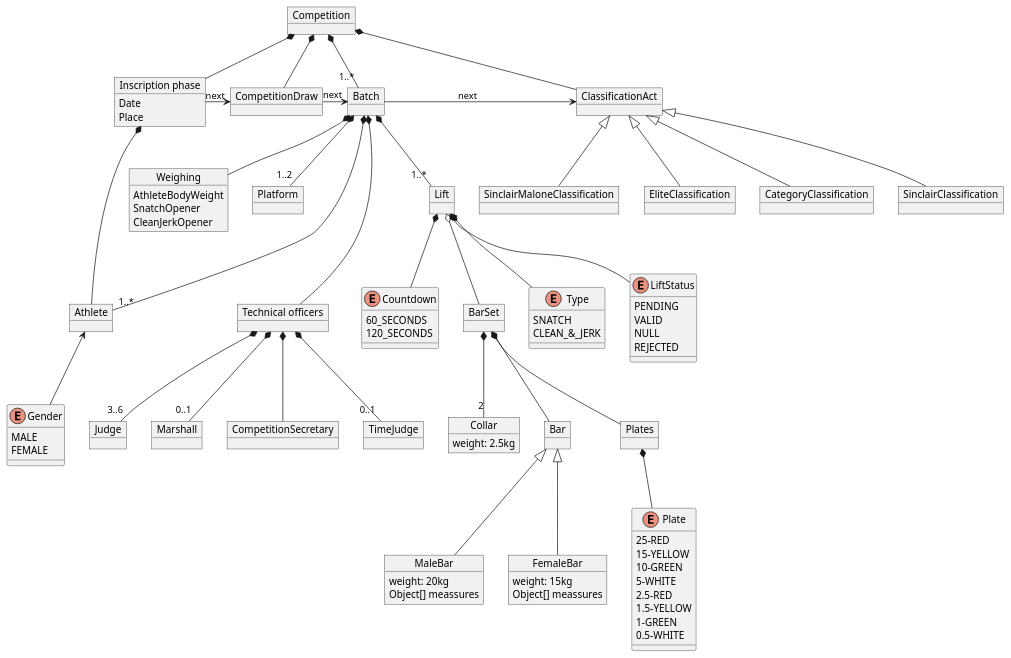
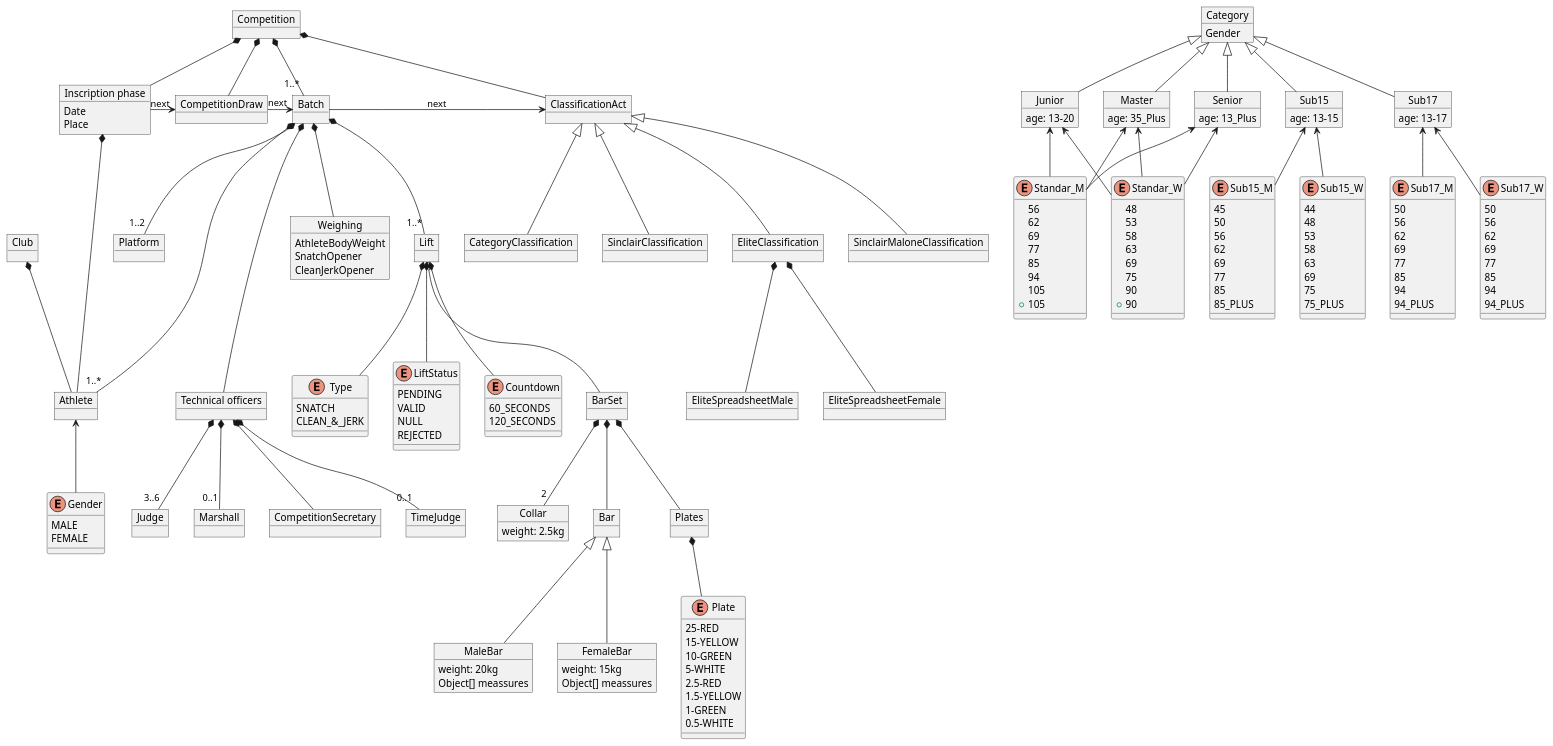
Before and after one commit to zuldare/mastercloud_pfm_halterocms: the diagram in diagrams/modelDomain/competitionDomainModelNew.puml, drawn with PlantUML. The commit also changed 3 other files, not shown here.

```diff
--- a/diagrams/modelDomain/competitionDomainModelNew.puml
+++ b/diagrams/modelDomain/competitionDomainModelNew.puml
@@ -1,63 +1,53 @@
 @startuml
+' skinparam nodesep 50 CONTROLS node horizontal separation
+' skinparam ranksep 60 CONTROLS vertical separation
 
 object Competition
-
 object "Inscription phase" as Inscription {
   Date
   Place
 }
-
 object CompetitionDraw
 object Batch
-
-
-' Weighing
 object Weighing {
   AthleteBodyWeight
   SnatchOpener
   CleanJerkOpener
 }
-
 object ClassificationAct
 object CategoryClassification
 object SinclairClassification
 object SinclairMaloneClassification
 object EliteClassification
-
+object EliteSpreadsheetMale
+object EliteSpreadsheetFemale
 object Platform
+object Club
 object Athlete
 enum Gender {
   MALE
   FEMALE
 }
-
-' Technical officers
 object "Technical officers" as TC
 object Judge
 object Marshall
 object CompetitionSecretary
 object TimeJudge
-
-' Lifts
 object Lift
 enum Type {
   SNATCH
   CLEAN_&_JERK
 }
-
 enum LiftStatus {
   PENDING
   VALID
   NULL
   REJECTED
 }
-
 enum Countdown {
   60_SECONDS
   120_SECONDS
 }
-
-' Bars
 object BarSet
 object Bar
 object FemaleBar {
@@ -83,12 +73,100 @@
   weight: 2.5kg
 }
 
-' skinparam nodesep 50 CONTROLS node horizontal separation
-' skinparam ranksep 60 CONTROLS vertical separation
+object Category {
+  Gender
+}
+
+object Sub15 {
+  age: 13-15
+}
+
+object Sub17 {
+  age: 13-17
+}
+
+object Junior {
+  age: 13-20
+}
+
+object Senior {
+  age: 13_Plus
+}
+
+object Master {
+  age: 35_Plus
+}
+
+enum Sub15_M {
+  45
+  50
+  56
+  62
+  69
+  77
+  85
+  85_PLUS
+}
+
+enum Sub15_W {
+ 44
+ 48
+ 53
+ 58
+ 63
+ 69
+ 75
+ 75_PLUS
+}
+
+enum Sub17_M {
+  50
+  56
+  62
+  69
+  77
+  85
+  94
+  94_PLUS
+}
+
+enum Sub17_W {
+ 50
+ 56
+ 62
+ 69
+ 77
+ 85
+ 94
+ 94_PLUS
+}
+
+enum Standar_M {
+56
+62
+69
+77
+85
+94
+105
++105
+}
+
+enum Standar_W {
+48
+53
+58
+63
+69
+75
+90
++90
+}
 
 Competition *-- Inscription
 Inscription *-- Athlete
 Athlete <-- Gender
+Club *-- Athlete
 Competition *-- CompetitionDraw
 Competition *-- "1..*" Batch
 Competition *-- ClassificationAct
@@ -96,14 +174,14 @@
 ClassificationAct <|-- SinclairClassification
 ClassificationAct <|-- SinclairMaloneClassification
 ClassificationAct <|-- EliteClassification
+EliteClassification *-- EliteSpreadsheetMale
+EliteClassification *-- EliteSpreadsheetFemale
 
 Batch -right-> "next                                       " ClassificationAct
 Inscription -right-> "next" CompetitionDraw
 CompetitionDraw -right-> "next" Batch
 
-
 Batch *-- Weighing
-
 Batch *-- "1..2" Platform
 Batch *--- "1..*" Athlete
 Batch *--- TC
@@ -126,83 +204,22 @@
 Bar <|-- MaleBar
 Plates *-- Plate
 
-'object Category {
-'  example: [M35-109, Sub19 M-94..]
-'}
+Category <|-- Sub15
+Category <|-- Sub17
+Category <|-- Junior
+Category <|-- Senior
+Category <|-- Master
 
-'object BodyWeightCategory
-'object MinBodyWeightCategory
-'object MaxBodyWeightCategory
-
-'object AgeCategory
-'object Sub15
-'object Sub17
-'object Junior
-'object Senior
-'object Master
+Sub15 <-- Sub15_W
+Sub15 <-- Sub15_M
+Sub17 <-- Sub17_W
+Sub17 <-- Sub17_M
+Junior <-- Standar_M
+Junior <-- Standar_W
+Senior <-- Standar_M
+Senior <-- Standar_W
+Master <-- Standar_M
+Master <-- Standar_W
 
 
-
-
-
-
-
-'Competition *-- TC
-'TC <|-- "3..6" Judge
-'TC <|-- "0..1" Marshall
-'TC <|-- "1" CompetitionSecretary
-'TC <|-- "0..1" TimeJudge
-'
-'
-'Lift *-- Type
-'Lift o-- BarSet
-'Lift *-- Status
-'Lift *-- Countdown
-'
-'
-'Competition *-- Inscription
-'Competition *-- Athlete
-'
-'
-'
-'
-'Inscription *-- fillForms
-'Batch *-- Weighing
-'Competition *-- "1..*" Batch
-'Batch *-- "1..*" Athlete
-'Competition *-- ClassificationAct
-'Weighing *-- WeightAct
-'Competition *-- CompetitionDraw
-'
-'
-
-'
-'Category *-- "1-3" AgeCategory
-'Category *-- Gender
-'Sub15 *-- BodyWeightCategory
-'Sub17 *-- BodyWeightCategory
-'Junior *-- BodyWeightCategory
-'Senior *-- BodyWeightCategory
-'Master *-- BodyWeightCategory
-'BodyWeightCategory *-- MinBodyWeightCategory
-'BodyWeightCategory *-- MaxBodyWeightCategory
-'
-'AgeCategory *-- Sub15 :"Age 13-15"
-'AgeCategory *-- Sub17 :"Age 13-17"
-'AgeCategory *-- Junior :"Age 13-20"
-'AgeCategory *-- Senior :"Age >13"
-'AgeCategory *-- Master :"Age \n[35-40]\n[40-45]\n...[+80]"
-'
-'
-'Athlete o------ Category
-'
-'BarSet *-- Bar
-
-'BarSet *-- "2" Collar
-'
-'BarSet *-- Plates
-'Plates *-- Plate
-'
-'Athlete o-- "6\n[3snatch \n3clean&jerk]" Lift
-
 @enduml
```
